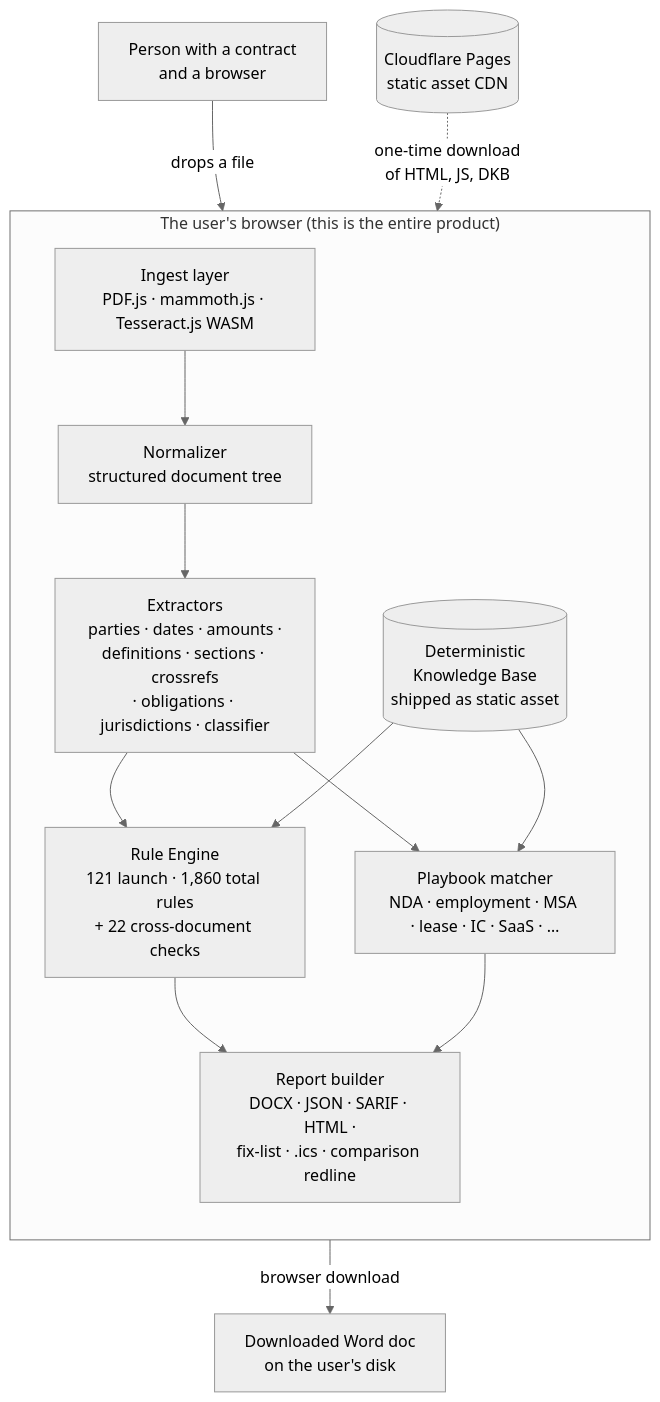
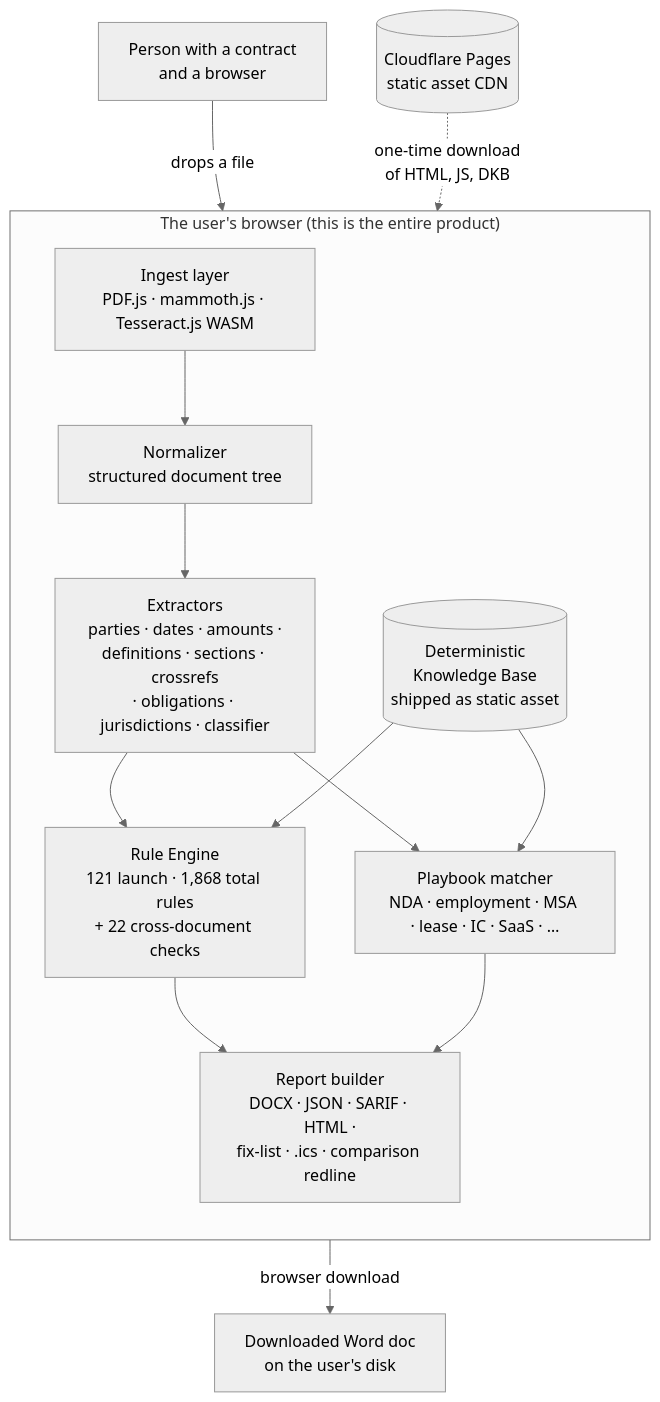
One commit to clay-good/vaulytica changed the diagram in docs/architecture.md. Above: the diagram before and after it, drawn with Mermaid (neutral theme). The commit also changed other lines of this file and 397 other files, not shown here.

````diff
--- a/docs/architecture.md
+++ b/docs/architecture.md
@@ -5,28 +5,28 @@
 ```mermaid
 flowchart TB
     user[Person with a contract<br/>and a browser]
 
     subgraph browser["The user's browser (this is the entire product)"]
         direction TB
         ingest[Ingest layer<br/>PDF.js · mammoth.js · Tesseract.js WASM]
         normalize[Normalizer<br/>structured document tree]
         extract[Extractors<br/>parties · dates · amounts ·<br/>definitions · sections · crossrefs<br/>· obligations · jurisdictions · classifier]
-        engine[Rule Engine<br/>121 launch · 1,860 total rules<br/>+ 22 cross-document checks]
+        engine[Rule Engine<br/>121 launch · 1,868 total rules<br/>+ 22 cross-document checks]
         playbook[Playbook matcher<br/>NDA · employment · MSA · lease · IC · SaaS · …]
         dkb[(Deterministic<br/>Knowledge Base<br/>shipped as static asset)]
         report[Report builder<br/>DOCX · JSON · SARIF · HTML ·<br/>fix-list · .ics · comparison redline]
     end
 
     cdn[(Cloudflare Pages<br/>static asset CDN)]
     download[Downloaded Word doc<br/>on the user's disk]
 
     user -- "drops a file" --> ingest
     cdn -. "one-time download<br/>of HTML, JS, DKB" .-> browser
     ingest --> normalize --> extract --> engine
     extract --> playbook
     dkb --> engine
     dkb --> playbook
     engine --> report
     playbook --> report
     report -- "browser download" --> download
 ```
````
